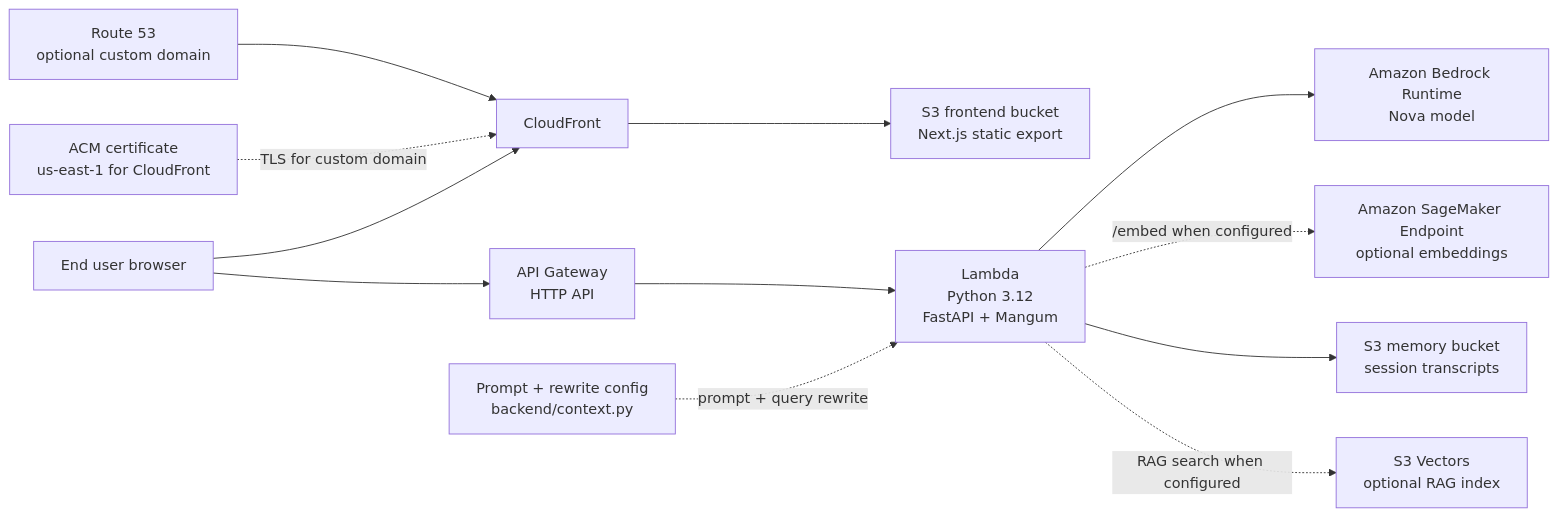
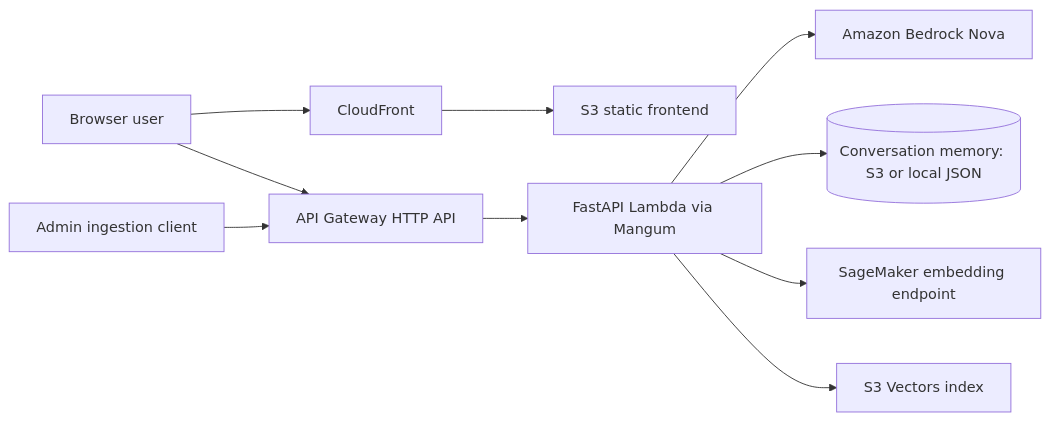
Before and after one commit to svkmdl/prop-assist-twin: the first of 2 diagrams in README.md, drawn with Mermaid. The commit also changed other lines of this file, not shown here.

Commit message:
doc(diagram) : simplified infra architecture and added rag flow diagram

````diff
--- a/README.md
+++ b/README.md
@@ -11,27 +11,12 @@
 ```mermaid
 flowchart LR
-    U[End user browser]
-    R53[Route 53<br/>optional custom domain]
-    ACM[ACM certificate<br/>us-east-1 for CloudFront]
-    CF[CloudFront]
-    S3F[S3 frontend bucket<br/>Next.js static export]
-    API[API Gateway<br/>HTTP API]
-    L[Lambda<br/>Python 3.12<br/>FastAPI + Mangum]
-    BR[Amazon Bedrock Runtime<br/>Nova model]
-    SM[Amazon SageMaker Endpoint<br/>optional embeddings]
-    S3M[S3 memory bucket<br/>session transcripts]
-    V[S3 Vectors<br/>optional RAG index]
-    P[Prompt + rewrite config<br/>backend/context.py]
-
-    R53 --> CF
-    ACM -. TLS for custom domain .-> CF
-    U --> CF
-    CF --> S3F
-    U --> API
-    API --> L
-    L --> BR
-    L -. /embed when configured .-> SM
-    L --> S3M
-    L -. RAG search when configured .-> V
-    P -. prompt + query rewrite .-> L
+  User[Browser user] --> CF[CloudFront]
+  CF --> S3FE[S3 static frontend]
+  User --> APIGW[API Gateway HTTP API]
+  APIGW --> Lambda[FastAPI Lambda via Mangum]
+  Lambda --> Bedrock[Amazon Bedrock Nova]
+  Lambda --> Memory[(Conversation memory: S3 or local JSON)]
+  Lambda --> SageMaker[SageMaker embedding endpoint]
+  Lambda --> S3Vectors[S3 Vectors index]
+  Admin[Admin ingestion client] --> APIGW
 ```
````
